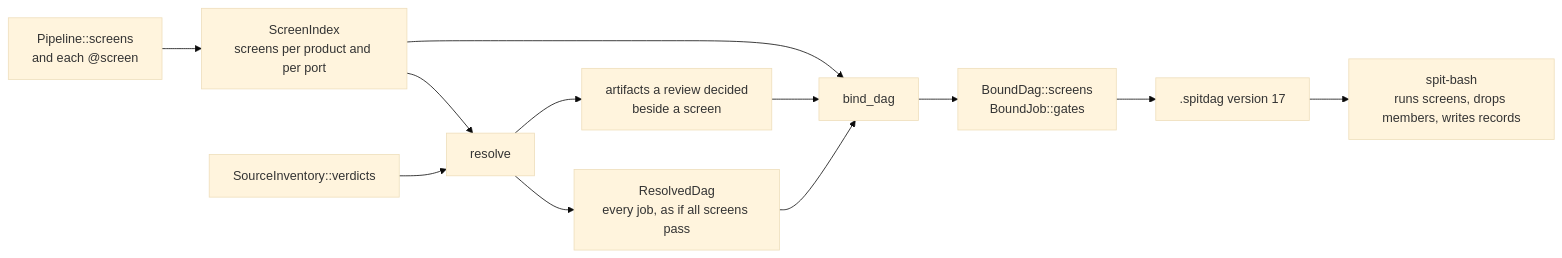
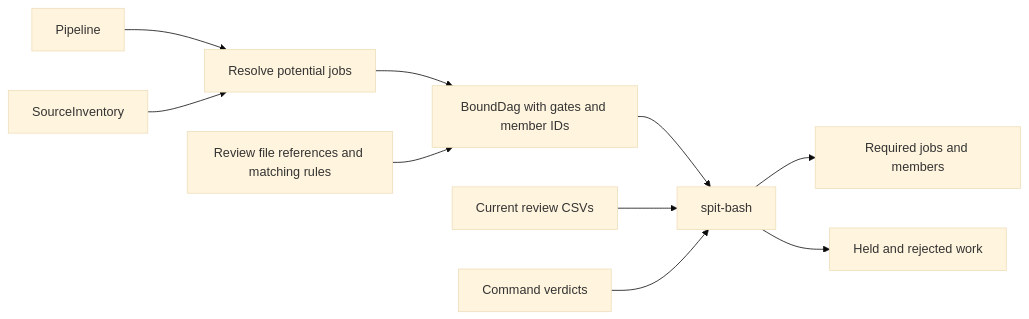
The diagram in screens-and-reviews-203-plan.md (eclnz/spit), drawn with Mermaid (base theme) before and after one commit. The commit also changed other lines of this file and 92 other files, not shown here.

First line of the commit message:
Apply reviews and screens in the runner

````diff
--- a/screens-and-reviews-203-plan.md
+++ b/screens-and-reviews-203-plan.md
@@ -188,14 +23,12 @@
 ```mermaid
 flowchart LR
-    pipeline["Pipeline::screens<br/>and each @screen"] --> index["ScreenIndex<br/>screens per product and per port"]
-    verdicts["SourceInventory::verdicts"] --> resolve["resolve"]
-    index --> resolve
-    resolve --> dag["ResolvedDag<br/>every job, as if all screens pass"]
-    resolve --> decided["artifacts a review decided<br/>beside a screen"]
-    dag --> bind["bind_dag"]
-    index --> bind
-    decided --> bind
-    bind --> bound["BoundDag::screens<br/>BoundJob::gates"]
-    bound --> write[".spitdag version 17"]
-    write --> runner["spit-bash<br/>runs screens, drops members, writes records"]
+    Pipeline --> Resolver["Resolve potential jobs"]
+    Inventory["SourceInventory"] --> Resolver
+    Resolver --> BoundDag["BoundDag with gates and member IDs"]
+    ReviewFiles["Review file references and matching rules"] --> BoundDag
+    BoundDag --> Runner["spit-bash"]
+    Verdicts["Current review CSVs"] --> Runner
+    Screens["Command verdicts"] --> Runner
+    Runner --> Work["Required jobs and members"]
+    Runner --> Report["Held and rejected work"]
 ```
````
